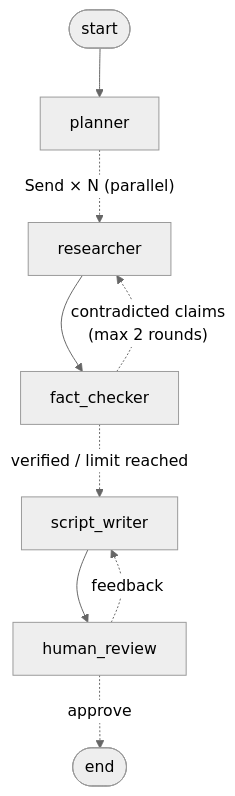
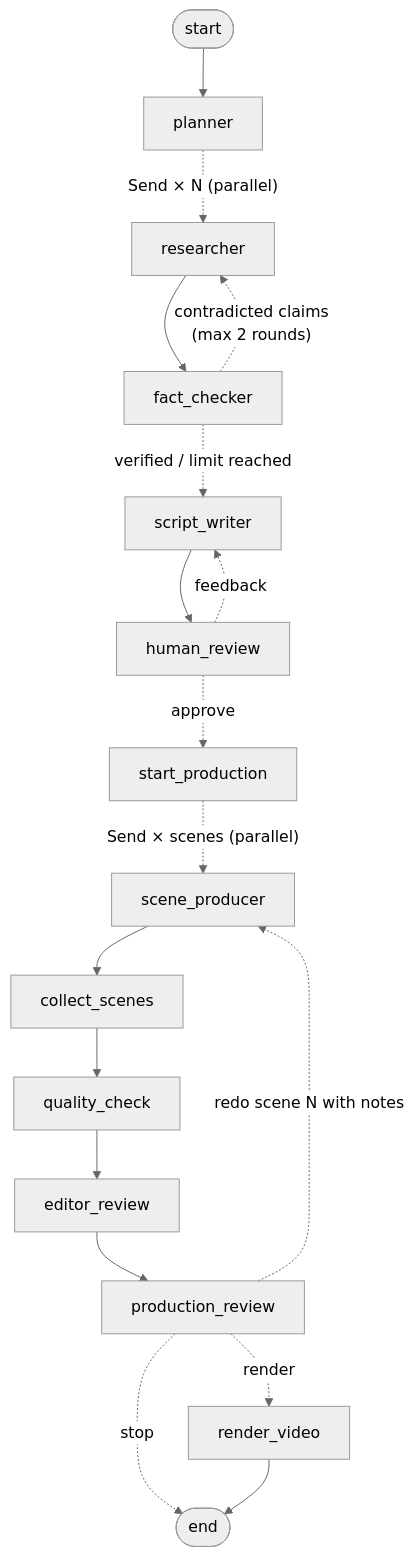
One commit to aroomahameed/documentary-agent changed the first of 2 diagrams in README.md. Above: the diagram before and after it, drawn with Mermaid (neutral theme). The commit also changed other lines of this file and 12 other files, not shown here.

````diff
--- a/README.md
+++ b/README.md
@@ -13,11 +18,20 @@
 ```mermaid
 graph TD
     START([start]) --> planner
     planner -. "Send × N (parallel)" .-> researcher
     researcher --> fact_checker
     fact_checker -. "contradicted claims<br/>(max 2 rounds)" .-> researcher
     fact_checker -. "verified / limit reached" .-> script_writer
     script_writer --> human_review
     human_review -. "feedback" .-> script_writer
-    human_review -. "approve" .-> END([end])
+    human_review -. "approve" .-> start_production
+    start_production -. "Send × scenes (parallel)" .-> scene_producer
+    scene_producer --> collect_scenes
+    collect_scenes --> quality_check
+    quality_check --> editor_review
+    editor_review --> production_review
+    production_review -. "redo scene N with notes" .-> scene_producer
+    production_review -. "render" .-> render_video
+    production_review -. "stop" .-> END([end])
+    render_video --> END
 ```
````
